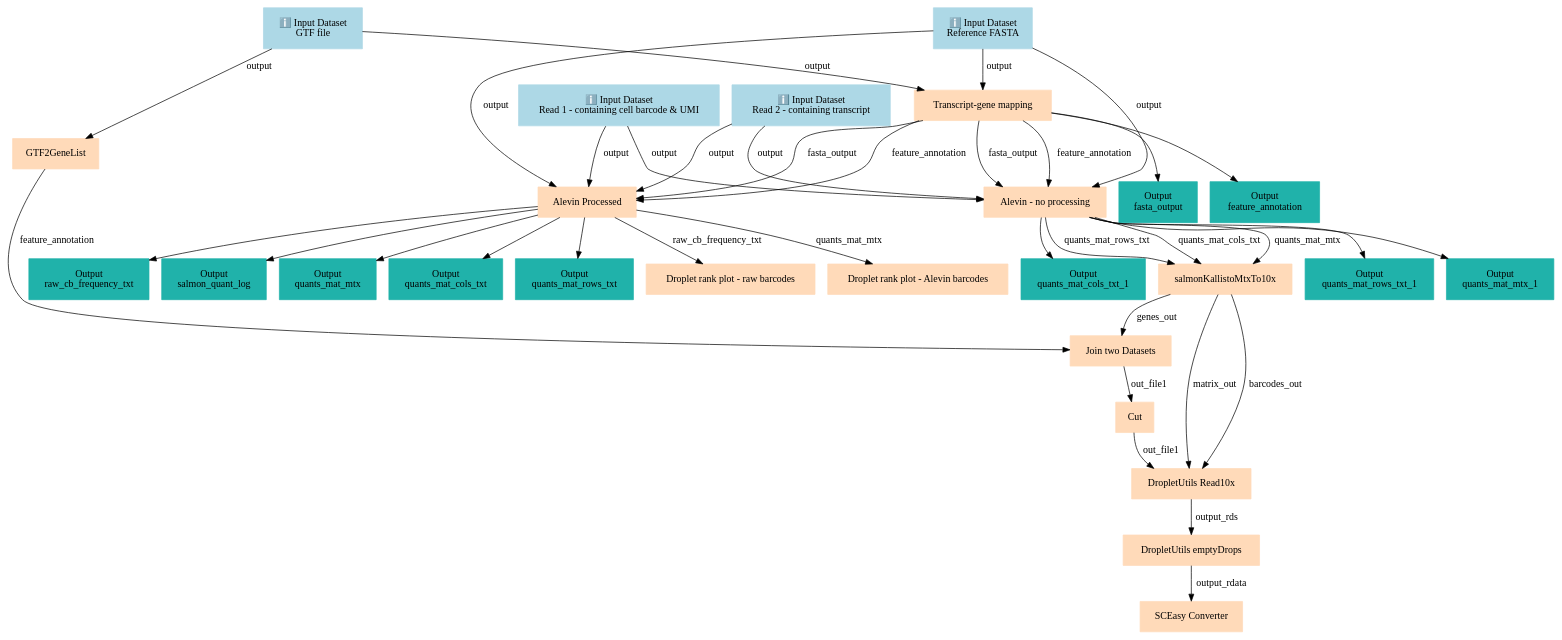
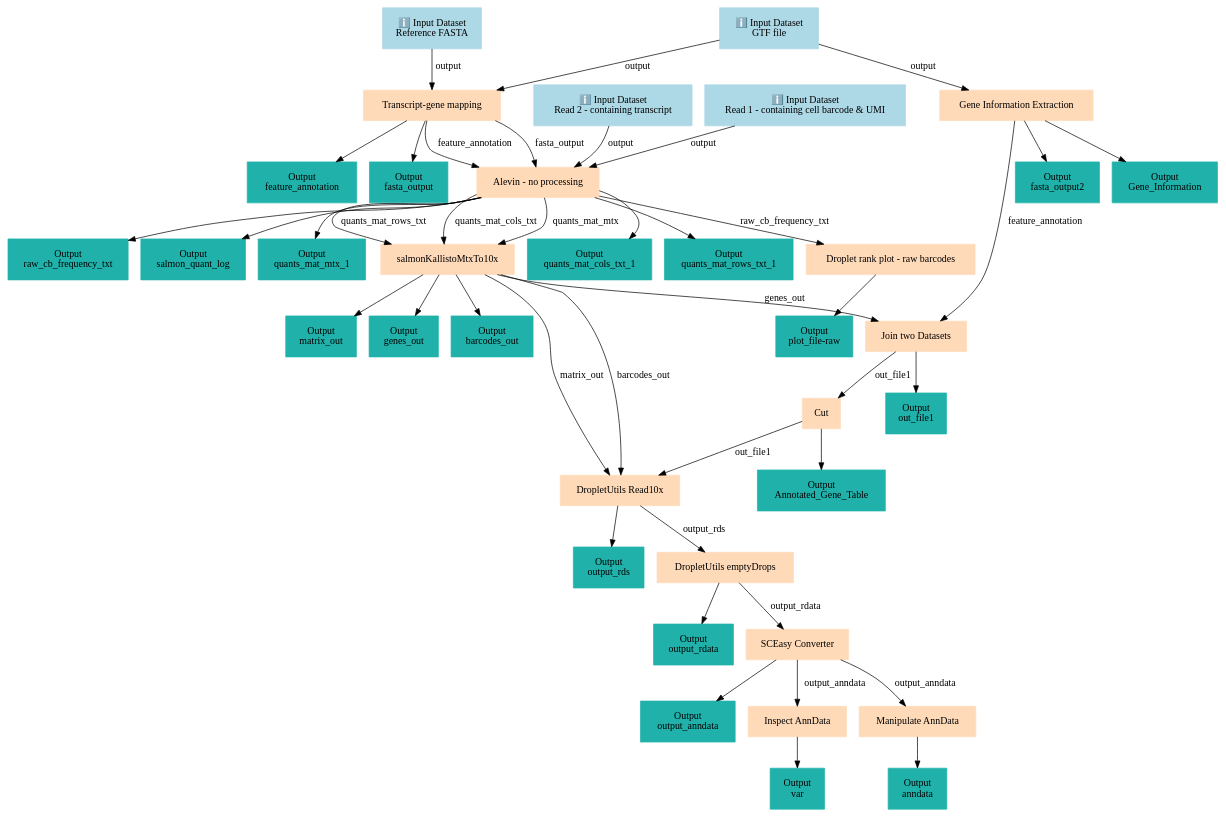
One commit to galaxyproject/training-material changed the diagram in api/workflows/single-cell/scrna-case_alevin/generating-a-single-cell-matrix-using-alevin/graph.dot. Above: the diagram before and after it, drawn with Graphviz. The commit also changed 9363 other files, not shown here.

```diff
--- a/api/workflows/single-cell/scrna-case_alevin/generating-a-single-cell-matrix-using-alevin/graph.dot
+++ b/api/workflows/single-cell/scrna-case_alevin/generating-a-single-cell-matrix-using-alevin/graph.dot
@@ -1,66 +1,81 @@
 digraph main {
   node [fontname="Atkinson Hyperlegible", shape=box, color=white,style=filled,color=peachpuff,margin="0.2,0.2"];
   edge [fontname="Atkinson Hyperlegible"];
-  0[color=lightblue,label="ℹ️ Input Dataset\nGTF file"]
-  1[color=lightblue,label="ℹ️ Input Dataset\nReference FASTA"]
-  2[color=lightblue,label="ℹ️ Input Dataset\nRead 1 - containing cell barcode & UMI"]
-  3[color=lightblue,label="ℹ️ Input Dataset\nRead 2 - containing transcript"]
-  4[label="GTF2GeneList"]
-  0 -> 4 [label="output"]
-  5[label="Transcript-gene mapping"]
-  1 -> 5 [label="output"]
-  0 -> 5 [label="output"]
+  0[color=lightblue,label="ℹ️ Input Dataset\nRead 1 - containing cell barcode & UMI"]
+  1[color=lightblue,label="ℹ️ Input Dataset\nRead 2 - containing transcript"]
+  2[color=lightblue,label="ℹ️ Input Dataset\nReference FASTA"]
+  3[color=lightblue,label="ℹ️ Input Dataset\nGTF file"]
+  4[label="Transcript-gene mapping"]
+  2 -> 4 [label="output"]
+  3 -> 4 [label="output"]
+  ka30424b51ddc43249ff6dc5883adcce0[color=lightseagreen,label="Output\nfeature_annotation"]
+  4 -> ka30424b51ddc43249ff6dc5883adcce0
   k773cb4ae56c349c0b582ee69d620def3[color=lightseagreen,label="Output\nfasta_output"]
-  5 -> k773cb4ae56c349c0b582ee69d620def3
-  ka30424b51ddc43249ff6dc5883adcce0[color=lightseagreen,label="Output\nfeature_annotation"]
-  5 -> ka30424b51ddc43249ff6dc5883adcce0
-  6[label="Alevin Processed"]
-  2 -> 6 [label="output"]
-  3 -> 6 [label="output"]
-  5 -> 6 [label="fasta_output"]
+  4 -> k773cb4ae56c349c0b582ee69d620def3
+  5[label="Gene Information Extraction"]
+  3 -> 5 [label="output"]
+  kb0a930ede61e4f81ac7133454156535d[color=lightseagreen,label="Output\nfasta_output2"]
+  5 -> kb0a930ede61e4f81ac7133454156535d
+  k2d37017a4de84bfbb55dbd68e84dbca9[color=lightseagreen,label="Output\nGene_Information"]
+  5 -> k2d37017a4de84bfbb55dbd68e84dbca9
+  6[label="Alevin - no processing"]
+  0 -> 6 [label="output"]
   1 -> 6 [label="output"]
-  5 -> 6 [label="feature_annotation"]
-  ka87beb551baf458ebd09bb5ac6ea6e9a[color=lightseagreen,label="Output\nraw_cb_frequency_txt"]
-  6 -> ka87beb551baf458ebd09bb5ac6ea6e9a
-  kc9390a50775c4f0f88e50984d570902c[color=lightseagreen,label="Output\nsalmon_quant_log"]
-  6 -> kc9390a50775c4f0f88e50984d570902c
-  k2cebc438ddc041e089ba49b4bd3e2160[color=lightseagreen,label="Output\nquants_mat_mtx"]
-  6 -> k2cebc438ddc041e089ba49b4bd3e2160
-  k89fa1aad9ec6435197d5f05cac09e08e[color=lightseagreen,label="Output\nquants_mat_cols_txt"]
-  6 -> k89fa1aad9ec6435197d5f05cac09e08e
-  k3b3dda805d354c519ca090a2f909755f[color=lightseagreen,label="Output\nquants_mat_rows_txt"]
-  6 -> k3b3dda805d354c519ca090a2f909755f
-  7[label="Alevin - no processing"]
-  2 -> 7 [label="output"]
-  3 -> 7 [label="output"]
-  5 -> 7 [label="fasta_output"]
-  1 -> 7 [label="output"]
-  5 -> 7 [label="feature_annotation"]
+  4 -> 6 [label="fasta_output"]
+  4 -> 6 [label="feature_annotation"]
+  kd9ed1457792b4eafa9fc2407bcd90da7[color=lightseagreen,label="Output\nquants_mat_mtx_1"]
+  6 -> kd9ed1457792b4eafa9fc2407bcd90da7
+  k40df6aa83dfa4946bbc8cacf4ca2a20e[color=lightseagreen,label="Output\nquants_mat_cols_txt_1"]
+  6 -> k40df6aa83dfa4946bbc8cacf4ca2a20e
   k25d4d8f6d166447080fed0fdb0702371[color=lightseagreen,label="Output\nquants_mat_rows_txt_1"]
-  7 -> k25d4d8f6d166447080fed0fdb0702371
-  kd9ed1457792b4eafa9fc2407bcd90da7[color=lightseagreen,label="Output\nquants_mat_mtx_1"]
-  7 -> kd9ed1457792b4eafa9fc2407bcd90da7
-  k40df6aa83dfa4946bbc8cacf4ca2a20e[color=lightseagreen,label="Output\nquants_mat_cols_txt_1"]
-  7 -> k40df6aa83dfa4946bbc8cacf4ca2a20e
+  6 -> k25d4d8f6d166447080fed0fdb0702371
+  k50a32d87f9a64725b9d68f120be54f12[color=lightseagreen,label="Output\nraw_cb_frequency_txt"]
+  6 -> k50a32d87f9a64725b9d68f120be54f12
+  k0250f882c681408d9b85ee2f0db9f943[color=lightseagreen,label="Output\nsalmon_quant_log"]
+  6 -> k0250f882c681408d9b85ee2f0db9f943
+  7[label="salmonKallistoMtxTo10x"]
+  6 -> 7 [label="quants_mat_rows_txt"]
+  6 -> 7 [label="quants_mat_cols_txt"]
+  6 -> 7 [label="quants_mat_mtx"]
+  ka5933f5d71324778b0714402cc7149c5[color=lightseagreen,label="Output\nbarcodes_out"]
+  7 -> ka5933f5d71324778b0714402cc7149c5
+  k701ae85be70a4600a61c060c604e490f[color=lightseagreen,label="Output\nmatrix_out"]
+  7 -> k701ae85be70a4600a61c060c604e490f
+  k7e1c350b4ca843b8b9e873c0b157bd70[color=lightseagreen,label="Output\ngenes_out"]
+  7 -> k7e1c350b4ca843b8b9e873c0b157bd70
   8[label="Droplet rank plot - raw barcodes"]
   6 -> 8 [label="raw_cb_frequency_txt"]
-  9[label="Droplet rank plot - Alevin barcodes"]
-  6 -> 9 [label="quants_mat_mtx"]
-  10[label="salmonKallistoMtxTo10x"]
-  7 -> 10 [label="quants_mat_rows_txt"]
-  7 -> 10 [label="quants_mat_cols_txt"]
-  7 -> 10 [label="quants_mat_mtx"]
-  11[label="Join two Datasets"]
-  10 -> 11 [label="genes_out"]
-  4 -> 11 [label="feature_annotation"]
-  12[label="Cut"]
-  11 -> 12 [label="out_file1"]
-  13[label="DropletUtils Read10x"]
-  10 -> 13 [label="barcodes_out"]
-  12 -> 13 [label="out_file1"]
-  10 -> 13 [label="matrix_out"]
-  14[label="DropletUtils emptyDrops"]
-  13 -> 14 [label="output_rds"]
-  15[label="SCEasy Converter"]
-  14 -> 15 [label="output_rdata"]
+  kf8f35d85c947406ea81516d7d9b5fce1[color=lightseagreen,label="Output\nplot_file-raw"]
+  8 -> kf8f35d85c947406ea81516d7d9b5fce1
+  9[label="Join two Datasets"]
+  7 -> 9 [label="genes_out"]
+  5 -> 9 [label="feature_annotation"]
+  k84810b7feaef4157a9521917bddab9f2[color=lightseagreen,label="Output\nout_file1"]
+  9 -> k84810b7feaef4157a9521917bddab9f2
+  10[label="Cut"]
+  9 -> 10 [label="out_file1"]
+  kbeb4d20531a14d698c33c787b3400d15[color=lightseagreen,label="Output\nAnnotated_Gene_Table"]
+  10 -> kbeb4d20531a14d698c33c787b3400d15
+  11[label="DropletUtils Read10x"]
+  7 -> 11 [label="barcodes_out"]
+  10 -> 11 [label="out_file1"]
+  7 -> 11 [label="matrix_out"]
+  k81418e5189644648aa004fdf3694ee29[color=lightseagreen,label="Output\noutput_rds"]
+  11 -> k81418e5189644648aa004fdf3694ee29
+  12[label="DropletUtils emptyDrops"]
+  11 -> 12 [label="output_rds"]
+  kd50c0da53028493eb63e762f3c15d233[color=lightseagreen,label="Output\noutput_rdata"]
+  12 -> kd50c0da53028493eb63e762f3c15d233
+  13[label="SCEasy Converter"]
+  12 -> 13 [label="output_rdata"]
+  ke3f0a5c6979145f6a8ce7780bcc2db4a[color=lightseagreen,label="Output\noutput_anndata"]
+  13 -> ke3f0a5c6979145f6a8ce7780bcc2db4a
+  14[label="Inspect AnnData"]
+  13 -> 14 [label="output_anndata"]
+  ke5ee7a2f55f44a0183e531c0c388c281[color=lightseagreen,label="Output\nvar"]
+  14 -> ke5ee7a2f55f44a0183e531c0c388c281
+  15[label="Manipulate AnnData"]
+  13 -> 15 [label="output_anndata"]
+  kca3447c7207641a38e9b0c2d7367386c[color=lightseagreen,label="Output\nanndata"]
+  15 -> kca3447c7207641a38e9b0c2d7367386c
 }
```
